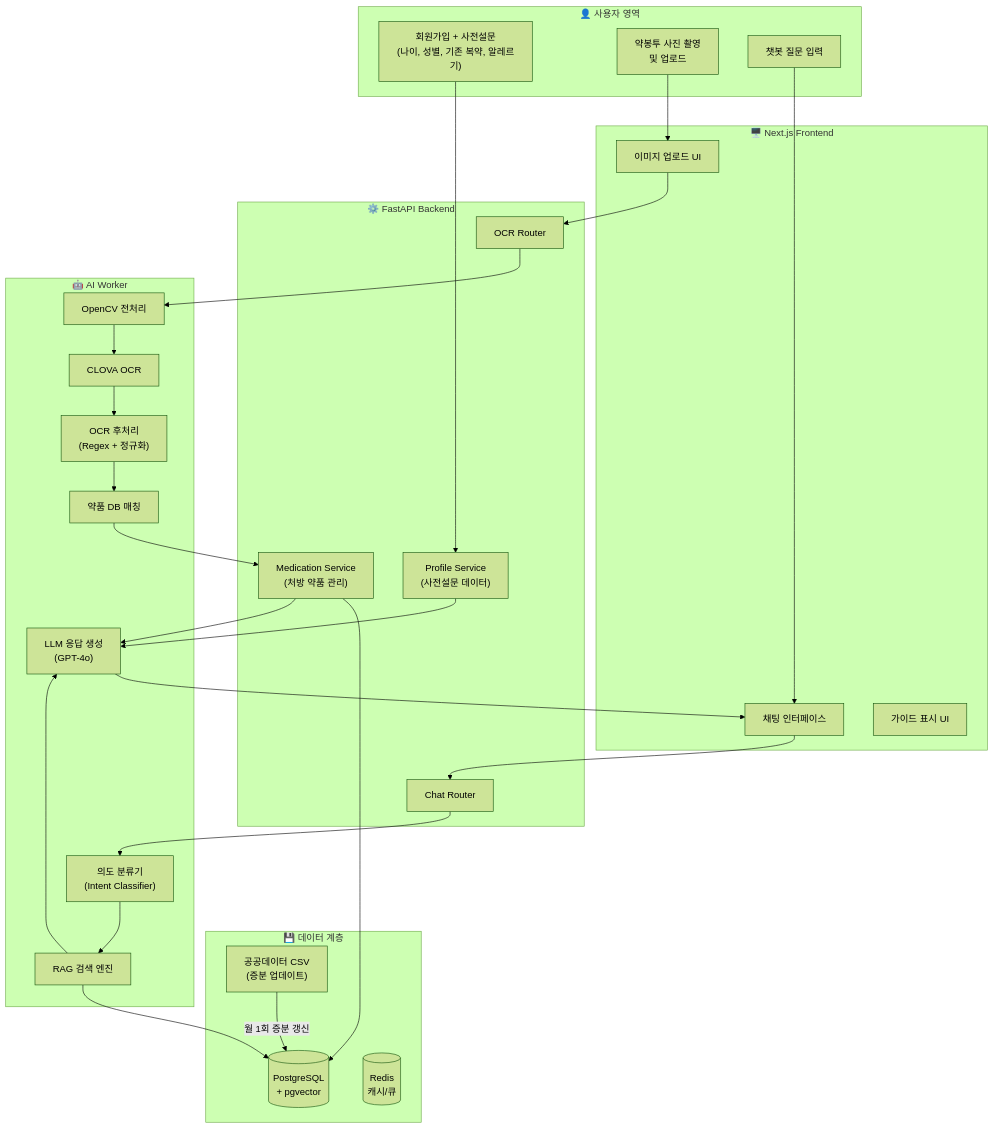
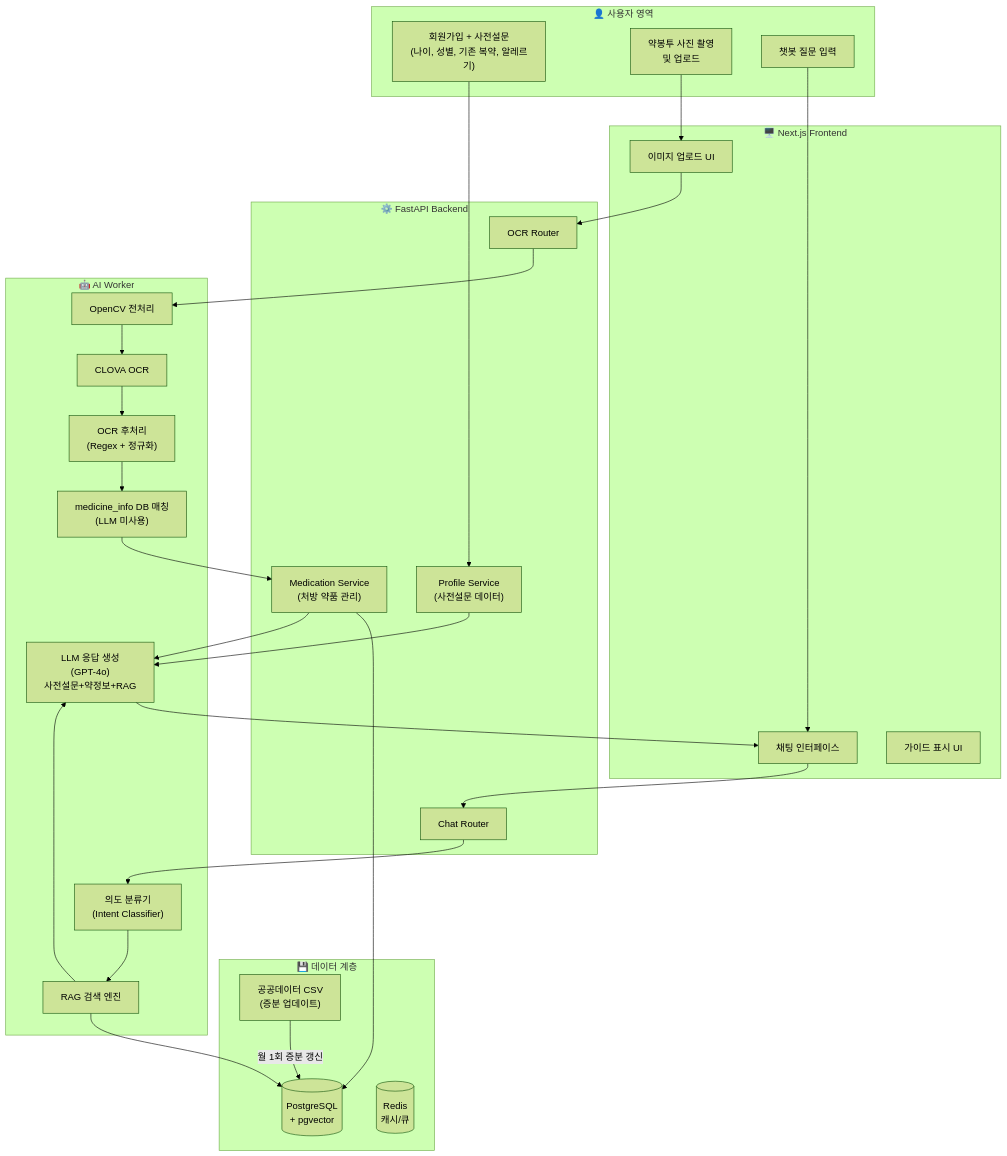
The first of 9 diagrams in PLAN.md (AI-HealthCare-02/AI_02_06), drawn with Mermaid (forest theme) before and after one commit. The commit also changed other lines of this file and 1 other file, not shown here.

First line of the commit message:
refactor: OCR 파이프라인에서 LLM 파싱 제거, medicine_info DB 매칭으로 교체

````diff
--- a/PLAN.md
+++ b/PLAN.md
@@ -7,54 +7,54 @@
 ```mermaid
 flowchart TD
     subgraph USER["👤 사용자 영역"]
         A["회원가입 + 사전설문<br />(나이, 성별, 기존 복약, 알레르기)"]
         B["약봉투 사진 촬영<br />및 업로드"]
         C["챗봇 질문 입력"]
     end
 
     subgraph FRONTEND["🖥️ Next.js Frontend"]
         D["이미지 업로드 UI"]
         E["채팅 인터페이스"]
         F["가이드 표시 UI"]
     end
 
     subgraph BACKEND["⚙️ FastAPI Backend"]
         G["OCR Router"]
         H["Chat Router"]
         I["Profile Service<br />(사전설문 데이터)"]
         J["Medication Service<br />(처방 약품 관리)"]
     end
 
     subgraph AI_WORKER["🤖 AI Worker"]
         K["OpenCV 전처리"]
         L["CLOVA OCR"]
         M["OCR 후처리<br />(Regex + 정규화)"]
-        N["약품 DB 매칭"]
+        N["medicine_info DB 매칭<br />(LLM 미사용)"]
         O["의도 분류기<br />(Intent Classifier)"]
         P["RAG 검색 엔진"]
-        Q["LLM 응답 생성<br />(GPT-4o)"]
+        Q["LLM 응답 생성<br />(GPT-4o)<br />사전설문+약정보+RAG"]
     end
 
     subgraph DATA["💾 데이터 계층"]
         R[("PostgreSQL<br />+ pgvector")]
         S[("Redis<br />캐시/큐")]
         T["공공데이터 CSV<br />(증분 업데이트)"]
     end
 
     A --> I
     B --> D --> G --> K
     K --> L --> M --> N
     N --> J
     J --> R
 
     C --> E --> H --> O
     O --> P
     P --> R
     P --> Q
     Q --> E
 
     I --> Q
     J --> Q
 
     T -->|월 1회 증분 갱신| R
 ```
````
